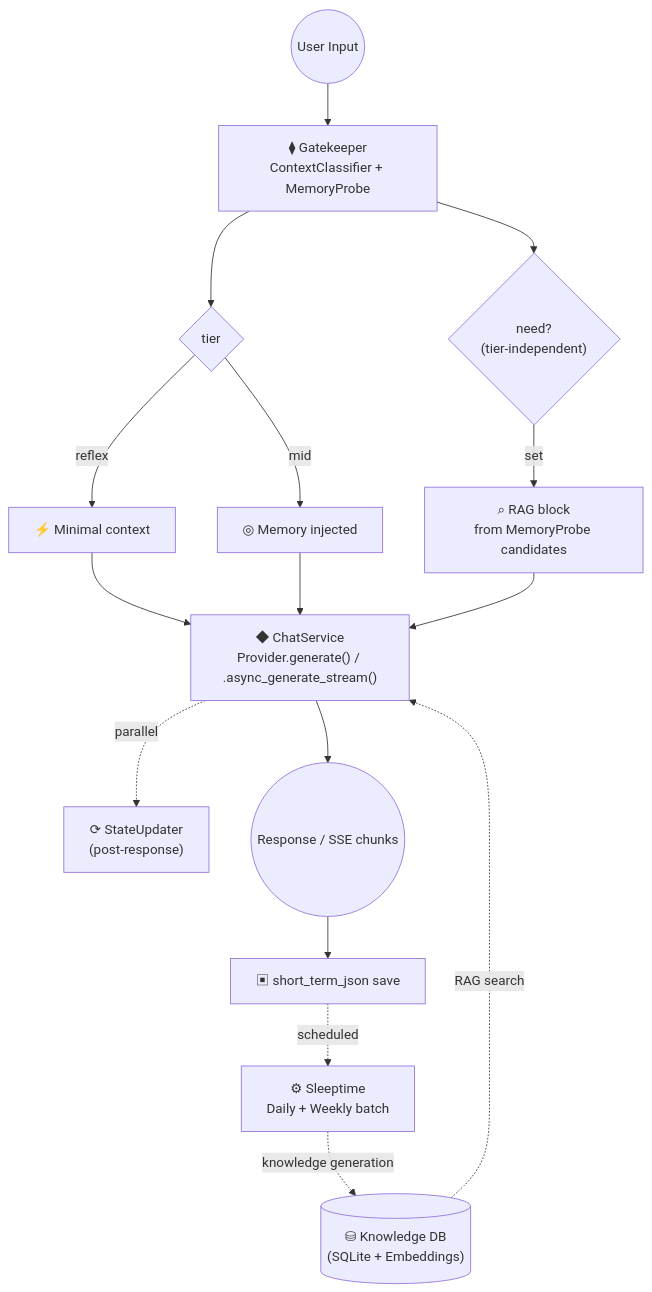
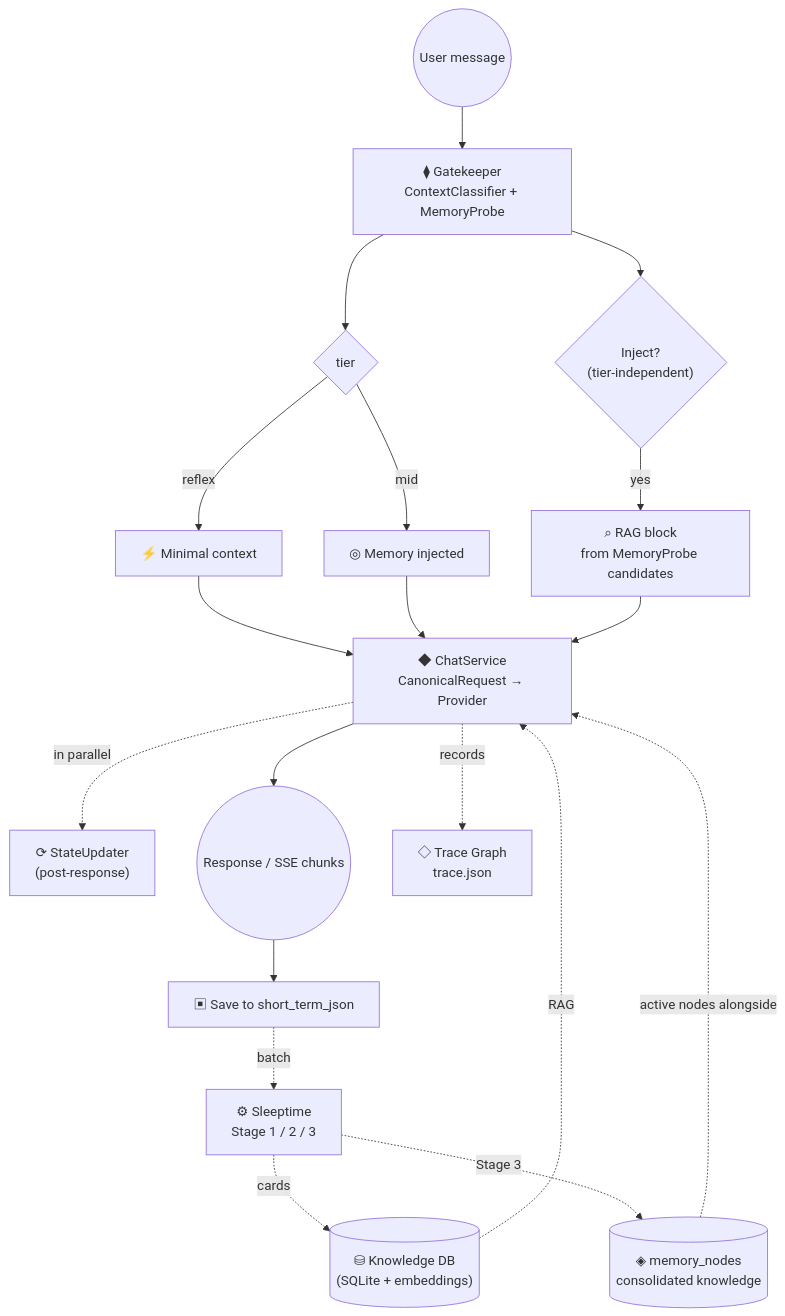
Before and after one commit to unagisann/Butly: the diagram in README.md, drawn with Mermaid. The commit also changed other lines of this file and 28 other files, not shown here.

````diff
--- a/README.md
+++ b/README.md
@@ -259,18 +401,21 @@
 ```mermaid
 flowchart TD
-    A((User Input)) --> B["⧫ Gatekeeper<br/>ContextClassifier + MemoryProbe"]
+    A((User message)) --> B["⧫ Gatekeeper<br/>ContextClassifier + MemoryProbe"]
     B --> C{tier}
     C -->|reflex| D["⚡ Minimal context"]
     C -->|mid| E["◎ Memory injected"]
-    B --> N{"need?<br/>(tier-independent)"}
-    N -->|set| R["⌕ RAG block<br/>from MemoryProbe candidates"]
-    D --> F["◆ ChatService<br/>Provider.generate() / .async_generate_stream()"]
+    B --> N{"Inject?<br/>(tier-independent)"}
+    N -->|yes| R["⌕ RAG block<br/>from MemoryProbe candidates"]
+    D --> F["◆ ChatService<br/>CanonicalRequest → Provider"]
     E --> F
     R --> F
-    F -.->|parallel| SU["⟳ StateUpdater<br/>(post-response)"]
+    F -.->|in parallel| SU["⟳ StateUpdater<br/>(post-response)"]
     F --> G((Response / SSE chunks))
-    G --> H["▣ short_term_json save"]
-    H -.->|scheduled| I["⚙ Sleeptime<br/>Daily + Weekly batch"]
-    I -.->|knowledge generation| J[("⛁ Knowledge DB<br/>(SQLite + Embeddings)")]
-    J -.->|RAG search| F
+    G --> H["▣ Save to short_term_json"]
+    F -.->|records| TR["◇ Trace Graph<br/>trace.json"]
+    H -.->|batch| I["⚙ Sleeptime<br/>Stage 1 / 2 / 3"]
+    I -.->|cards| J[("⛁ Knowledge DB<br/>(SQLite + embeddings)")]
+    I -.->|Stage 3| K[("◈ memory_nodes<br/>consolidated knowledge")]
+    J -.->|RAG| F
+    K -.->|active nodes alongside| F
 ```
````
